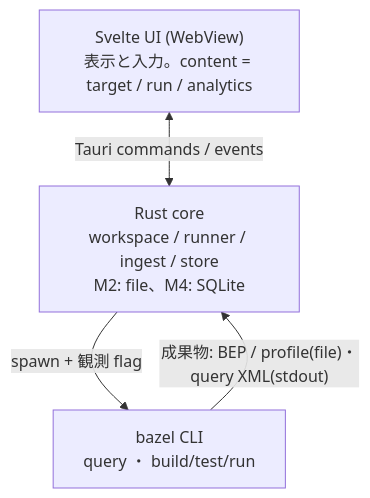
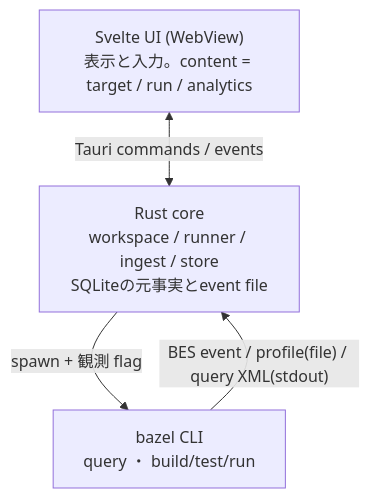
Before and after one commit to OhataKenji/zeal: the diagram in docs/design/overview.md, drawn with Mermaid. The commit also changed other lines of this file and 25 other files, not shown here.

First line of the commit message:
Store every invocation through file-backed BES.

````diff
--- a/docs/design/overview.md
+++ b/docs/design/overview.md
@@ -47,9 +47,9 @@
 ```mermaid
 flowchart TD
     UI["Svelte UI (WebView)<br/>表示と入力。content = target / run / analytics"]
-    CORE["Rust core<br/>workspace / runner / ingest / store<br/>M2: file、M4: SQLite"]
+    CORE["Rust core<br/>workspace / runner / ingest / store<br/>SQLiteの元事実とevent file"]
     BAZEL["bazel CLI<br/>query ・ build/test/run"]
     UI <-->|"Tauri commands / events"| CORE
     CORE -->|"spawn + 観測 flag"| BAZEL
-    BAZEL -->|"成果物: BEP / profile(file)・query XML(stdout)"| CORE
+    BAZEL -->|"BES event / profile(file) / query XML(stdout)"| CORE
 ```
````
